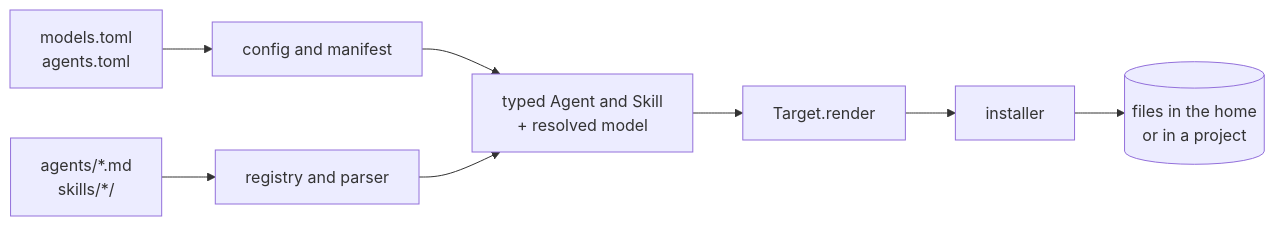
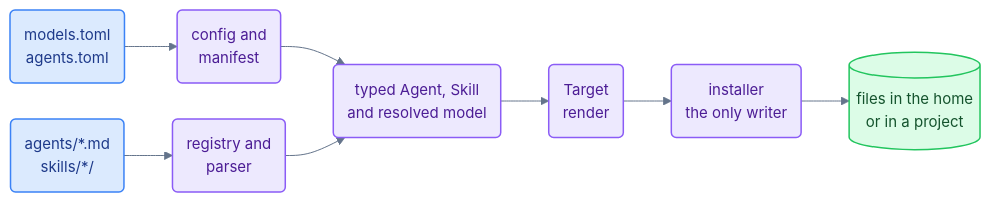
Before and after one commit to HW-Agents-Forge/general-agents: the first of 2 diagrams in docs/architecture.md, drawn with Mermaid. The commit also changed other lines of this file and 9 other files, not shown here.

First line of the commit message:
Modernize the Mermaid diagrams: shared palette, hexagon decisions, cleaner layouts

````diff
--- a/docs/architecture.md
+++ b/docs/architecture.md
@@ -41,10 +41,22 @@
 ```mermaid
+%%{init: {"theme":"base","themeVariables":{"fontFamily":"ui-sans-serif, system-ui, -apple-system, Segoe UI, Helvetica, Arial, sans-serif","fontSize":"15px","textColor":"#1e293b","lineColor":"#64748b","primaryColor":"#dbeafe","primaryBorderColor":"#3b82f6","primaryTextColor":"#1e3a8a","secondaryColor":"#ede9fe","tertiaryColor":"#f8fafc","edgeLabelBackground":"#f8fafc","clusterBkg":"#f8fafc","clusterBorder":"#cbd5e1","titleColor":"#334155"},"flowchart":{"curve":"basis","padding":14,"nodeSpacing":36,"rankSpacing":48,"htmlLabels":true}}}%%
 flowchart LR
-    CFG["models.toml<br/>agents.toml"] --> CONFIG["config and manifest"]
-    SRC["agents/*.md<br/>skills/*/"] --> REG["registry and parser"]
-    CONFIG --> MODEL["typed Agent and Skill<br/>+ resolved model"]
+    CFG("models.toml<br/>agents.toml") --> CONFIG("config and<br/>manifest")
+    SRC("agents/*.md<br/>skills/*/") --> REG("registry and<br/>parser")
+    CONFIG --> MODEL("typed Agent, Skill<br/>and resolved model")
     REG --> MODEL
-    MODEL --> TGT["Target.render"]
-    TGT --> INST["installer"]
+    MODEL --> TGT("Target<br/>render")
+    TGT --> INST("installer<br/>the only writer")
     INST --> FILES[("files in the home<br/>or in a project")]
+
+    classDef src fill:#dbeafe,stroke:#3b82f6,stroke-width:1.5px,color:#1e3a8a
+    classDef eng fill:#ede9fe,stroke:#8b5cf6,stroke-width:1.5px,color:#4c1d95
+    classDef out fill:#dcfce7,stroke:#22c55e,stroke-width:1.5px,color:#14532d
+    classDef agent fill:#fef3c7,stroke:#f59e0b,stroke-width:1.5px,color:#78350f
+    classDef bad fill:#fee2e2,stroke:#ef4444,stroke-width:1.5px,color:#7f1d1d
+    classDef quiet fill:#f1f5f9,stroke:#94a3b8,stroke-width:1.5px,color:#0f172a
+
+    class CFG,SRC src
+    class CONFIG,REG,MODEL,TGT,INST eng
+    class FILES out
 ```
````
